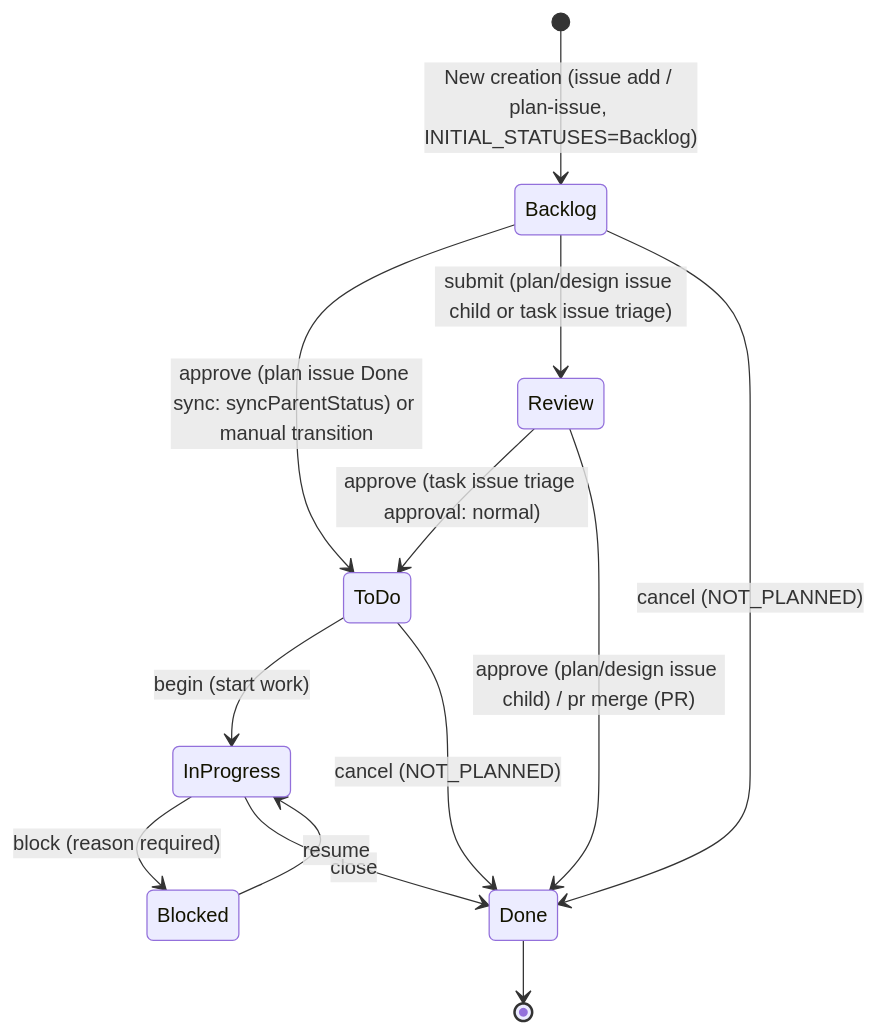
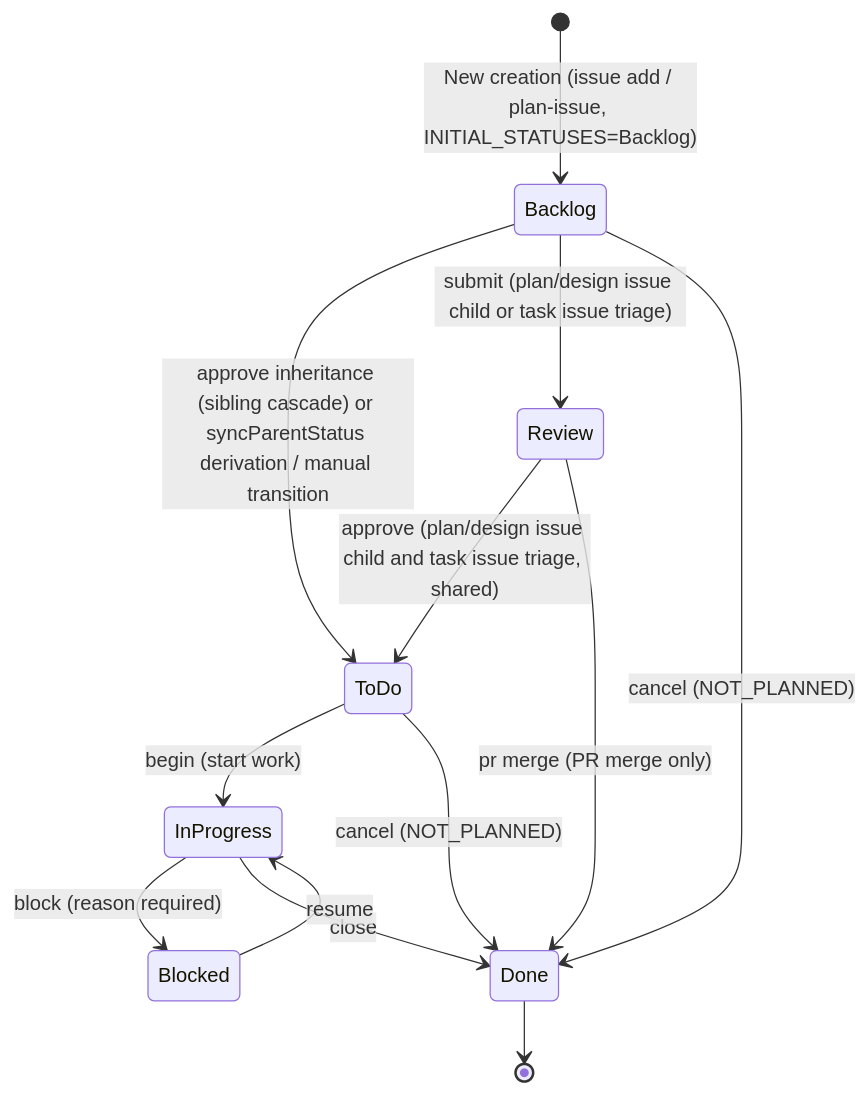
The diagram in shirokuma-skills-en/rules/github/project-items.md (ShirokumaDevelopment/shirokuma-plugins), drawn with Mermaid before and after one commit. The commit also changed other lines of this file and 50 other files, not shown here.

````diff
--- a/shirokuma-skills-en/rules/github/project-items.md
+++ b/shirokuma-skills-en/rules/github/project-items.md
@@ -22,15 +22,15 @@
 ```mermaid
 stateDiagram-v2
     [*] --> Backlog: New creation (issue add / plan-issue, INITIAL_STATUSES=Backlog)
-    Backlog --> ToDo: approve (plan issue Done sync: syncParentStatus) or manual transition
+    Backlog --> ToDo: approve inheritance (sibling cascade) or syncParentStatus derivation / manual transition
     Backlog --> Review: submit (plan/design issue child or task issue triage)
     Backlog --> Done: cancel (NOT_PLANNED)
     ToDo --> InProgress: begin (start work)
     ToDo --> Done: cancel (NOT_PLANNED)
     InProgress --> Blocked: block (reason required)
     InProgress --> Done: close
     Blocked --> InProgress: resume
-    Review --> ToDo: approve (task issue triage approval: normal)
-    Review --> Done: approve (plan/design issue child) / pr merge (PR)
+    Review --> ToDo: approve (plan/design issue child and task issue triage, shared)
+    Review --> Done: pr merge (PR merge only)
     Done --> [*]
 ```
````
